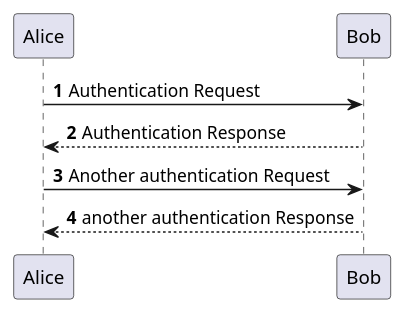
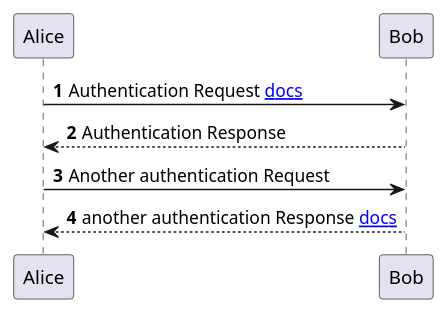
The diagram in examples/basic/README.md (indieatom/docsify-puml), drawn with PlantUML before and after one commit. The commit also changed 1 other file, not shown here.

Commit message:
feat: :sparkles: Added url parser into diagrams

````diff
--- a/examples/basic/README.md
+++ b/examples/basic/README.md
@@ -4,11 +4,11 @@
 ```plantuml
 @startuml
 autonumber
 
-Alice -> Bob: Authentication Request
+Alice -> Bob: Authentication Request [[$./other-file docs]]
 Bob --> Alice: Authentication Response
 
 Alice -> Bob: Another authentication Request
-Alice <-- Bob: another authentication Response
+Alice <-- Bob: another authentication Response [[$../other-file docs]]
 @enduml
 ```
````
